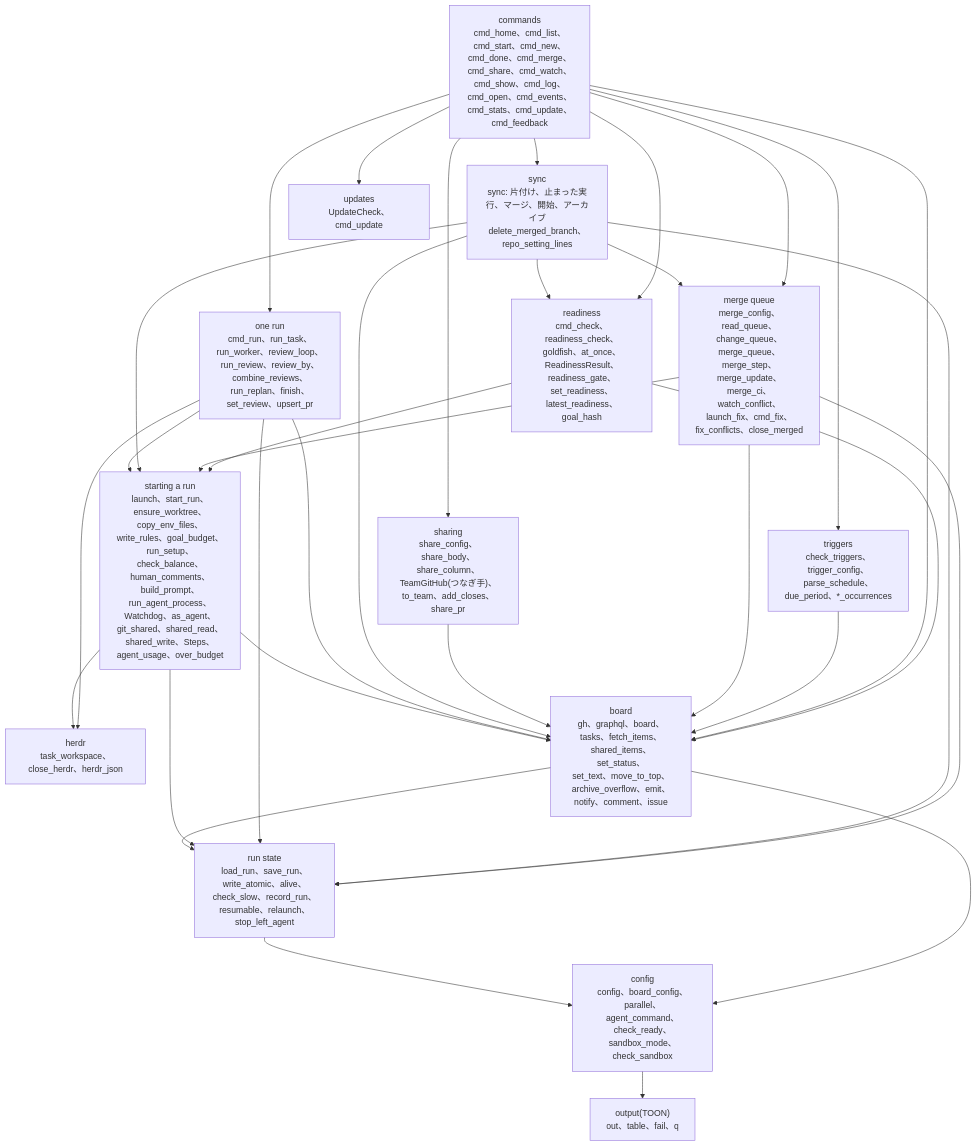
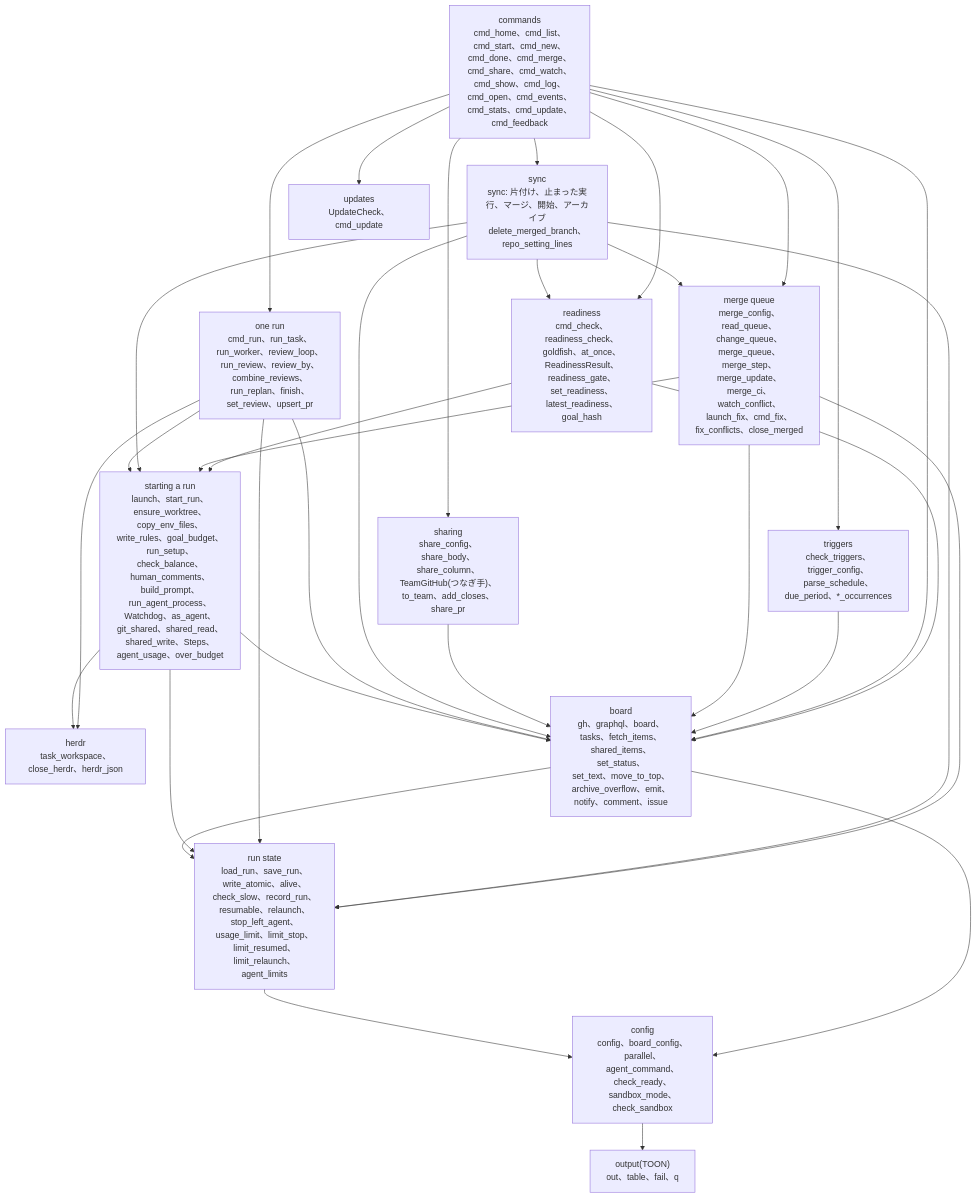
Before and after one commit to jyoka/task-hub: the first of 10 diagrams in docs/architecture/lld.md, drawn with Mermaid. The commit also changed other lines of this file and 8 other files, not shown here.

````diff
--- a/docs/architecture/lld.md
+++ b/docs/architecture/lld.md
@@ -28,49 +28,49 @@
 ```mermaid
 flowchart TB
     commands["commands<br/>cmd_home、cmd_list、cmd_start、cmd_new、cmd_done、cmd_merge、cmd_share、cmd_watch、<br/>cmd_show、cmd_log、cmd_open、cmd_events、cmd_stats、cmd_update、cmd_feedback"]
     mergeq["merge queue<br/>merge_config、read_queue、change_queue、merge_queue、merge_step、merge_update、merge_ci、<br/>watch_conflict、launch_fix、cmd_fix、fix_conflicts、close_merged"]
     sharing["sharing<br/>share_config、share_body、share_column、TeamGitHub(つなぎ手)、to_team、add_closes、share_pr"]
     sync["sync<br/>sync: 片付け、止まった実行、マージ、開始、アーカイブ<br/>delete_merged_branch、repo_setting_lines"]
     readiness["readiness<br/>cmd_check、readiness_check、goldfish、at_once、ReadinessResult、readiness_gate、<br/>set_readiness、latest_readiness、goal_hash"]
     runone["one run<br/>cmd_run、run_task、run_worker、review_loop、run_review、review_by、combine_reviews、<br/>run_replan、finish、set_review、upsert_pr"]
     start["starting a run<br/>launch、start_run、ensure_worktree、copy_env_files、write_rules、goal_budget、run_setup、check_balance、human_comments、build_prompt、<br/>run_agent_process、Watchdog、as_agent、git_shared、shared_read、shared_write、Steps、agent_usage、over_budget"]
     herdr["herdr<br/>task_workspace、close_herdr、herdr_json"]
-    runstate["run state<br/>load_run、save_run、write_atomic、alive、check_slow、record_run、<br/>resumable、relaunch、stop_left_agent"]
+    runstate["run state<br/>load_run、save_run、write_atomic、alive、check_slow、record_run、<br/>resumable、relaunch、stop_left_agent、<br/>usage_limit、limit_stop、limit_resumed、limit_relaunch、agent_limits"]
     boardl["board<br/>gh、graphql、board、tasks、fetch_items、shared_items、set_status、<br/>set_text、move_to_top、archive_overflow、emit、notify、comment、issue"]
     config["config<br/>config、board_config、parallel、agent_command、check_ready、sandbox_mode、check_sandbox"]
     output["output(TOON)<br/>out、table、fail、q"]
     updates["updates<br/>UpdateCheck、cmd_update"]
     triggers["triggers<br/>check_triggers、trigger_config、parse_schedule、due_period、*_occurrences"]
 
     commands --> sync
     commands --> runone
     commands --> readiness
     sync --> readiness
     readiness --> start
     readiness --> boardl
     commands --> boardl
     commands --> updates
     commands --> triggers
     triggers --> boardl
     commands --> sharing
     commands --> mergeq
     sync --> mergeq
     mergeq --> start
     mergeq --> boardl
     mergeq --> runstate
     sharing --> boardl
     sync --> start
     sync --> boardl
     sync --> runstate
     runone --> start
     runone --> boardl
     runone --> runstate
     runone --> herdr
     start --> herdr
     start --> runstate
     start --> boardl
     boardl --> runstate
     boardl --> config
     runstate --> config
     config --> output
 ```
````
